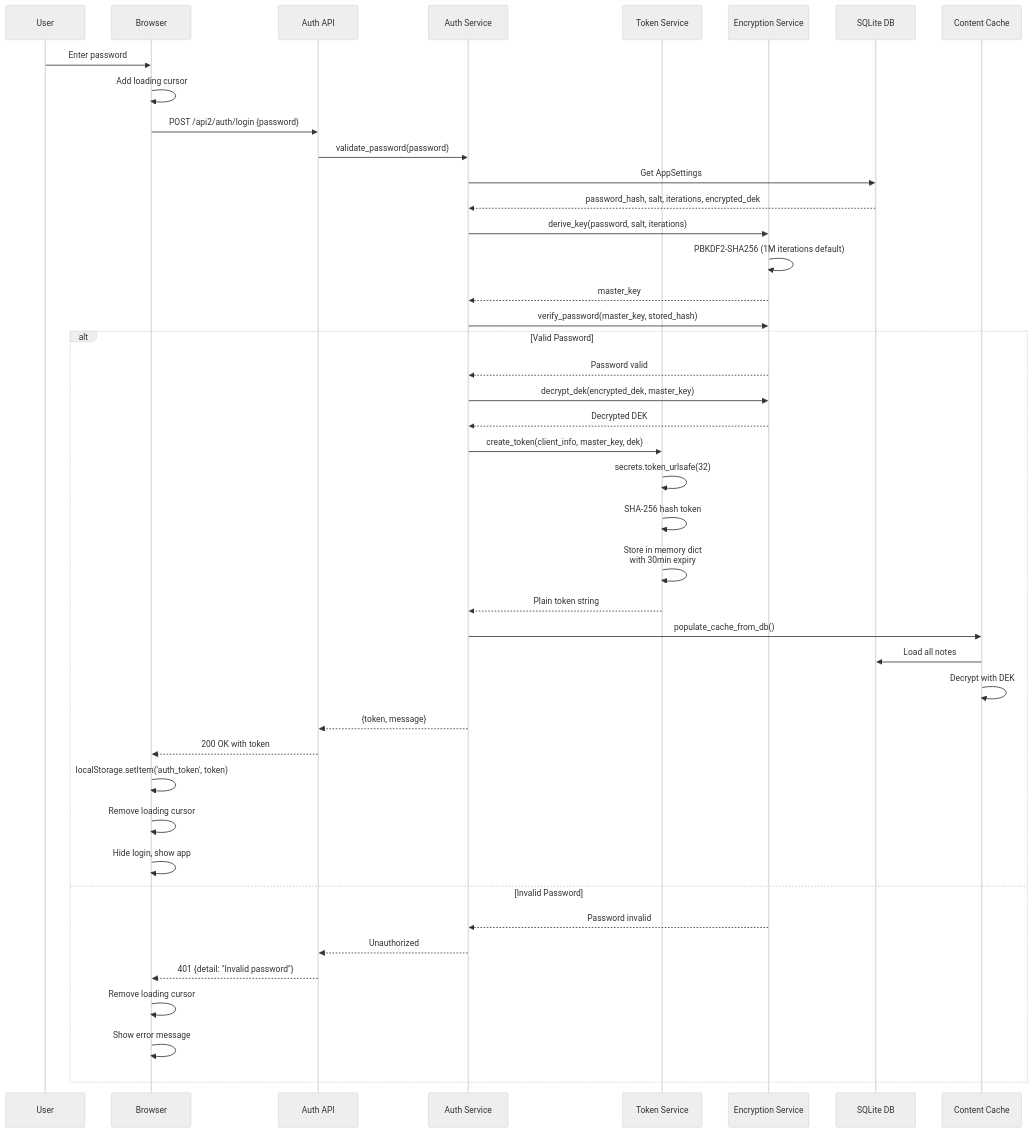
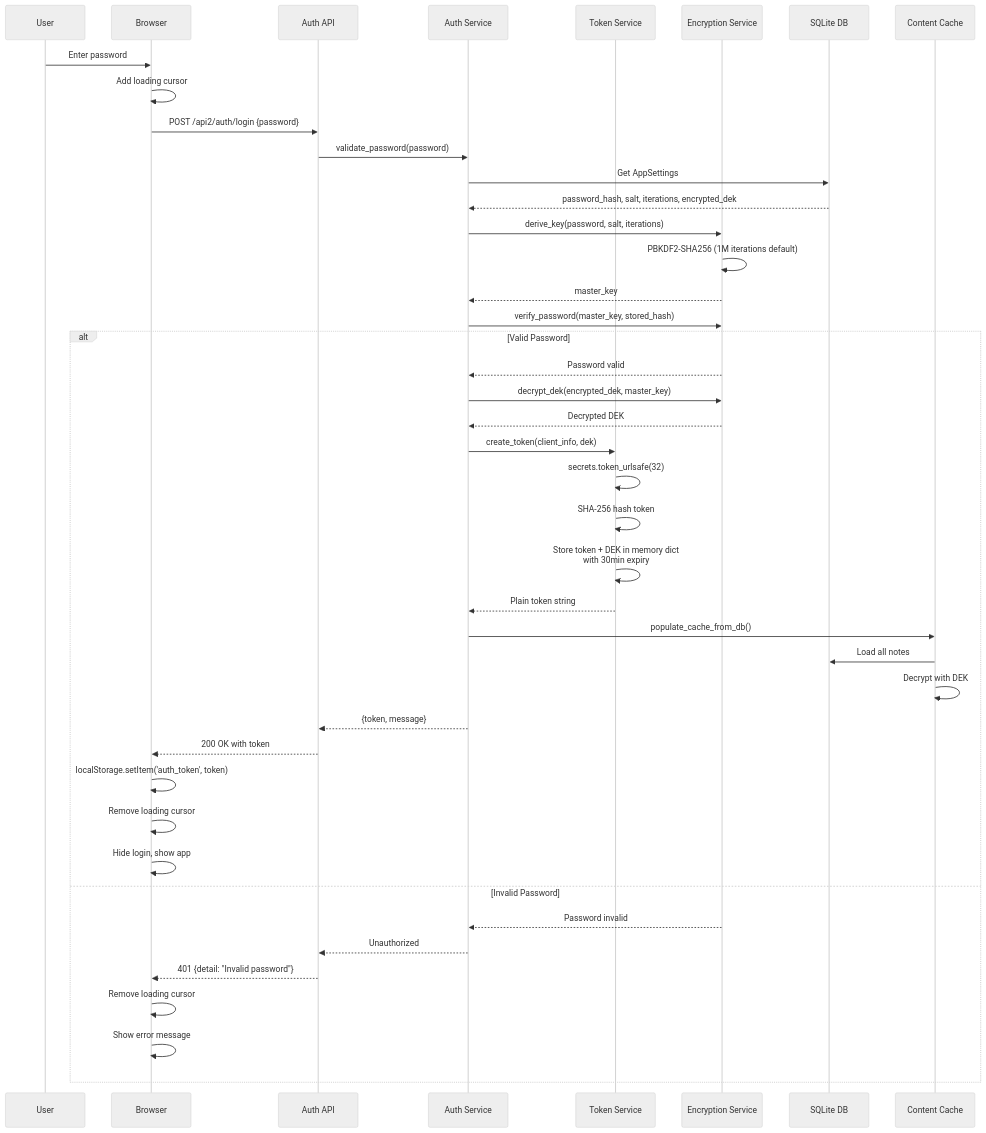
Before and after one commit to evolvingstuff/metalist: the diagram in docs/diagrams/auth-flow.md, drawn with Mermaid (neutral theme). The commit also changed 6 other files, not shown here.

Commit message:
Store DEK only in session

````diff
--- a/docs/diagrams/auth-flow.md
+++ b/docs/diagrams/auth-flow.md
@@ -5,53 +5,53 @@
 ```mermaid
 sequenceDiagram
     participant U as User
     participant Browser as Browser
     participant API as Auth API
     participant AuthSvc as Auth Service
     participant TokenSvc as Token Service
     participant Enc as Encryption Service
     participant DB as SQLite DB
     participant Cache as Content Cache
     
     U->>Browser: Enter password
     Browser->>Browser: Add loading cursor
     Browser->>API: POST /api2/auth/login {password}
     
     API->>AuthSvc: validate_password(password)
     AuthSvc->>DB: Get AppSettings
     DB-->>AuthSvc: password_hash, salt, iterations, encrypted_dek
     
     AuthSvc->>Enc: derive_key(password, salt, iterations)
     Enc->>Enc: PBKDF2-SHA256 (1M iterations default)
     Enc-->>AuthSvc: master_key
     
     AuthSvc->>Enc: verify_password(master_key, stored_hash)
     
     alt Valid Password
         Enc-->>AuthSvc: Password valid
         AuthSvc->>Enc: decrypt_dek(encrypted_dek, master_key)
         Enc-->>AuthSvc: Decrypted DEK
         
-        AuthSvc->>TokenSvc: create_token(client_info, master_key, dek)
+        AuthSvc->>TokenSvc: create_token(client_info, dek)
         TokenSvc->>TokenSvc: secrets.token_urlsafe(32)
         TokenSvc->>TokenSvc: SHA-256 hash token
-        TokenSvc->>TokenSvc: Store in memory dict<br/>with 30min expiry
+        TokenSvc->>TokenSvc: Store token + DEK in memory dict<br/>with 30min expiry
         TokenSvc-->>AuthSvc: Plain token string
         
         AuthSvc->>Cache: populate_cache_from_db()
         Cache->>DB: Load all notes
         Cache->>Cache: Decrypt with DEK
         
         AuthSvc-->>API: {token, message}
         API-->>Browser: 200 OK with token
         Browser->>Browser: localStorage.setItem('auth_token', token)
         Browser->>Browser: Remove loading cursor
         Browser->>Browser: Hide login, show app
     else Invalid Password
         Enc-->>AuthSvc: Password invalid
         AuthSvc-->>API: Unauthorized
         API-->>Browser: 401 {detail: "Invalid password"}
         Browser->>Browser: Remove loading cursor
         Browser->>Browser: Show error message
     end
 ```
````
